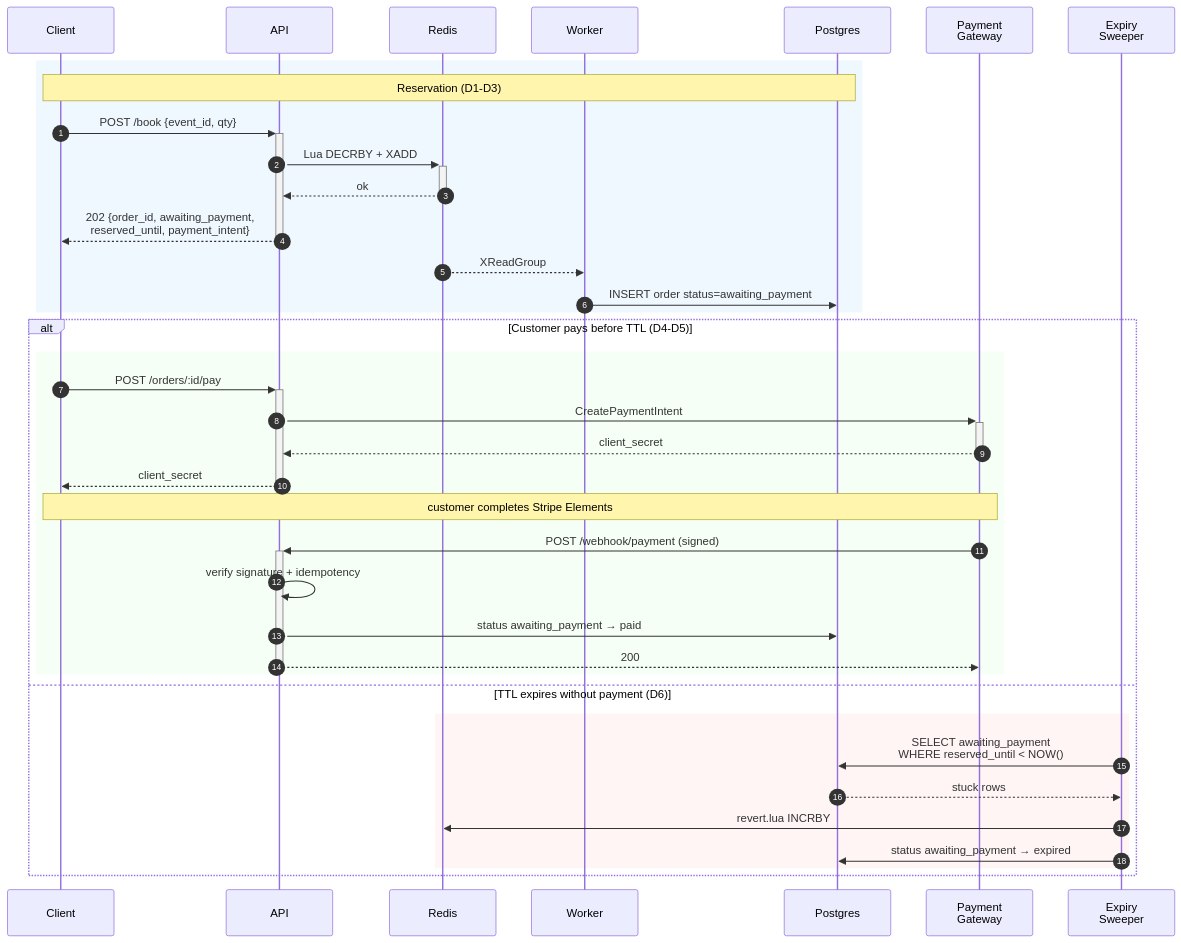
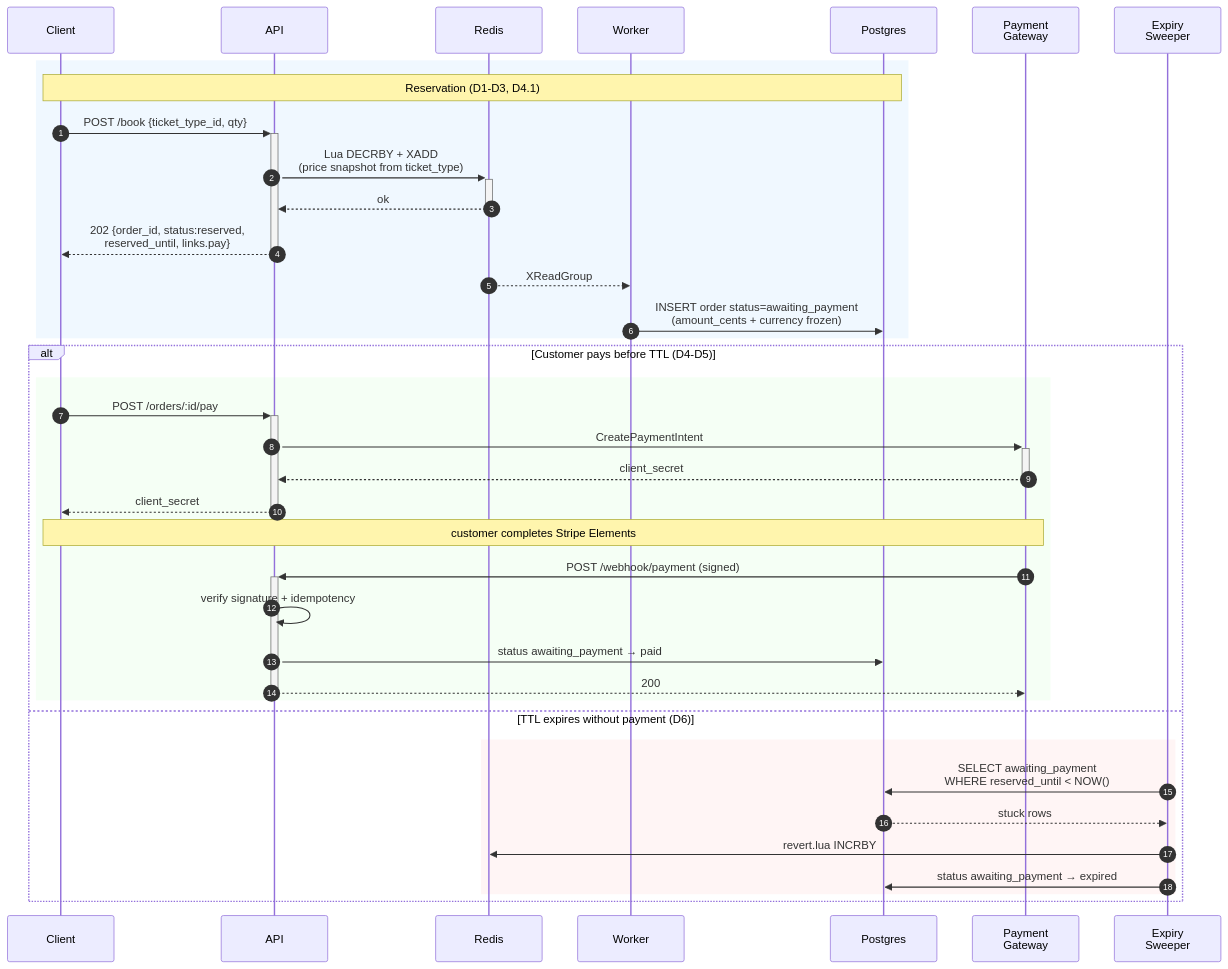
The sixth of 6 diagrams in README.md (Leon180/booking_monitor), drawn with Mermaid before and after one commit. The commit also changed other lines of this file and 83 other files, not shown here.

First line of the commit message:
feat(D4.1): KKTIX-aligned ticket type model + price snapshot at book time (#89)

````diff
--- a/README.md
+++ b/README.md
@@ -110,42 +110,42 @@
 ```mermaid
 sequenceDiagram
     autonumber
     participant C as Client
     participant API
     participant R as Redis
     participant W as Worker
     participant P as Postgres
     participant GW as Payment<br/>Gateway
     participant SW as Expiry<br/>Sweeper
 
     rect rgb(240, 248, 255)
-    Note over C,P: Reservation (D1-D3)
-    C->>+API: POST /book {event_id, qty}
-    API->>+R: Lua DECRBY + XADD
+    Note over C,P: Reservation (D1-D3, D4.1)
+    C->>+API: POST /book {ticket_type_id, qty}
+    API->>+R: Lua DECRBY + XADD<br/>(price snapshot from ticket_type)
     R-->>-API: ok
-    API-->>-C: 202 {order_id, awaiting_payment,<br/>reserved_until, payment_intent}
+    API-->>-C: 202 {order_id, status:reserved,<br/>reserved_until, links.pay}
     R-->>W: XReadGroup
-    W->>P: INSERT order status=awaiting_payment
+    W->>P: INSERT order status=awaiting_payment<br/>(amount_cents + currency frozen)
     end
 
     alt Customer pays before TTL (D4-D5)
         rect rgb(245, 255, 245)
         C->>+API: POST /orders/:id/pay
         API->>+GW: CreatePaymentIntent
         GW-->>-API: client_secret
         API-->>-C: client_secret
         Note over C,GW: customer completes Stripe Elements
         GW->>+API: POST /webhook/payment (signed)
         API->>API: verify signature + idempotency
         API->>P: status awaiting_payment → paid
         API-->>-GW: 200
         end
     else TTL expires without payment (D6)
         rect rgb(255, 245, 245)
         SW->>P: SELECT awaiting_payment<br/>WHERE reserved_until < NOW()
         P-->>SW: stuck rows
         SW->>R: revert.lua INCRBY
         SW->>P: status awaiting_payment → expired
         end
     end
 ```
````
